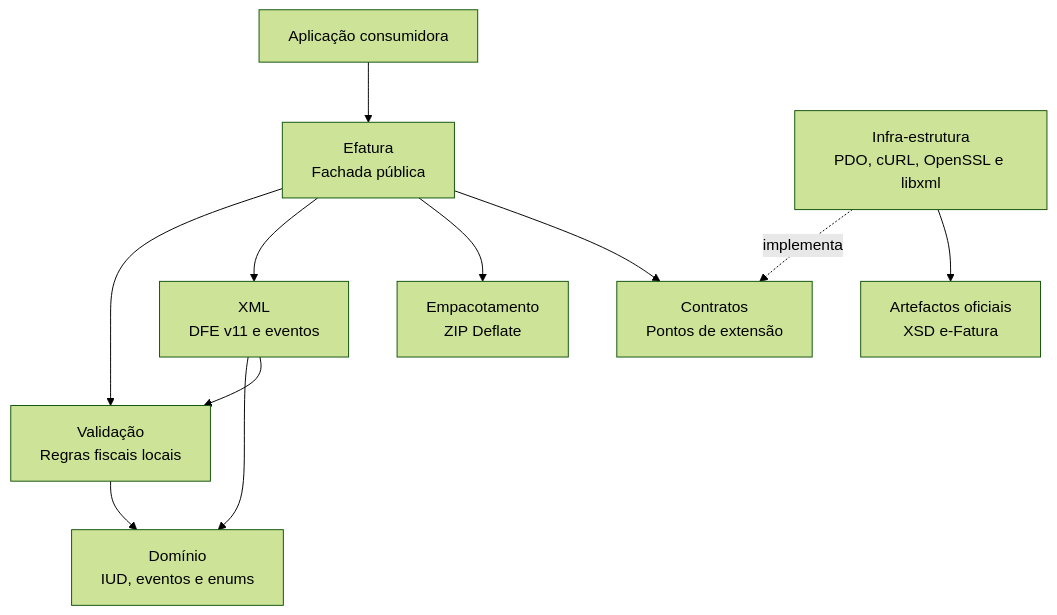
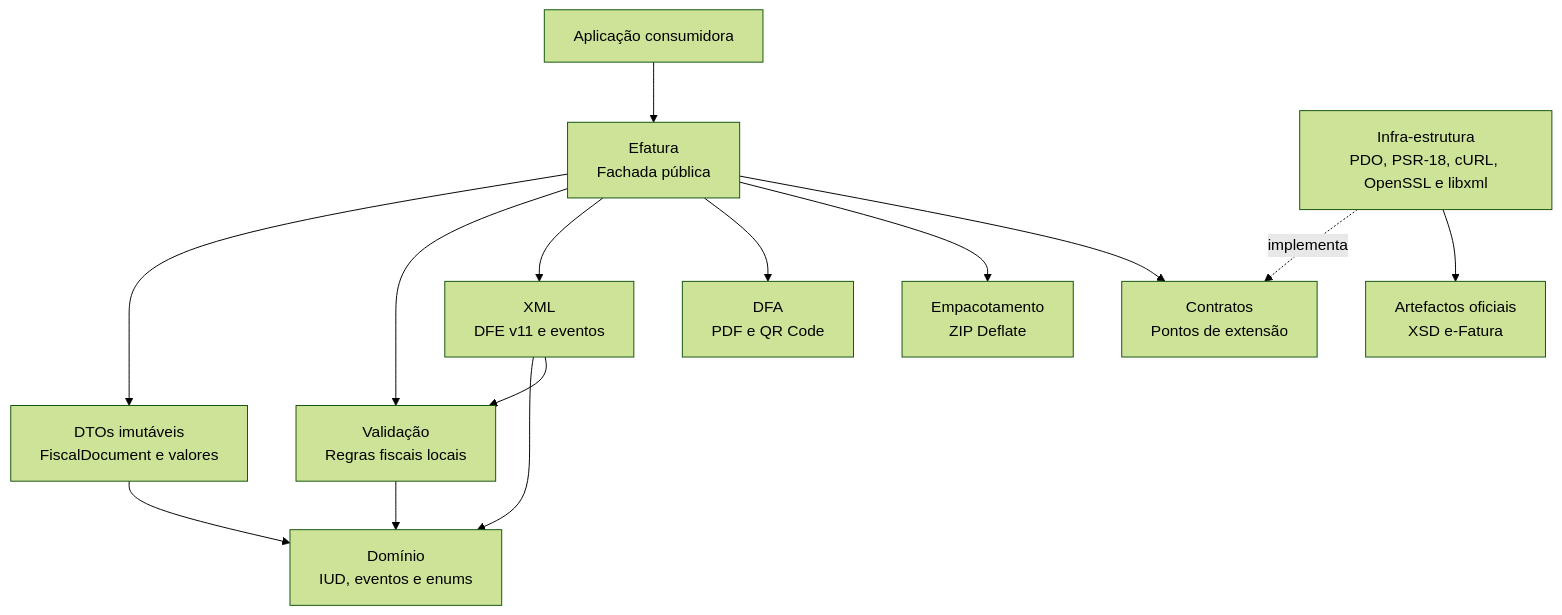
The first of 2 diagrams in docs/arquitectura.md (Kowts/efatura-cv-php), drawn with Mermaid (forest theme) before and after one commit. The commit also changed other lines of this file and 10 other files, not shown here.

````diff
--- a/docs/arquitectura.md
+++ b/docs/arquitectura.md
@@ -5,23 +5,28 @@
 ```mermaid
 flowchart TD
     APP["Aplicação consumidora"]
     FACADE["Efatura<br/>Fachada pública"]
+    DTO["DTOs imutáveis<br/>FiscalDocument e valores"]
     VALIDATION["Validação<br/>Regras fiscais locais"]
     DOMAIN["Domínio<br/>IUD, eventos e enums"]
     XML["XML<br/>DFE v11 e eventos"]
+    DFA["DFA<br/>PDF e QR Code"]
     PACKAGING["Empacotamento<br/>ZIP Deflate"]
     CONTRACTS["Contratos<br/>Pontos de extensão"]
-    INFRA["Infra-estrutura<br/>PDO, cURL, OpenSSL e libxml"]
+    INFRA["Infra-estrutura<br/>PDO, PSR-18, cURL, OpenSSL e libxml"]
     OFFICIAL["Artefactos oficiais<br/>XSD e-Fatura"]
 
     APP --> FACADE
+    FACADE --> DTO
     FACADE --> VALIDATION
     FACADE --> XML
+    FACADE --> DFA
     FACADE --> PACKAGING
     FACADE --> CONTRACTS
+    DTO --> DOMAIN
     VALIDATION --> DOMAIN
     XML --> DOMAIN
     XML --> VALIDATION
     INFRA -. "implementa" .-> CONTRACTS
     INFRA --> OFFICIAL
 ```
````
